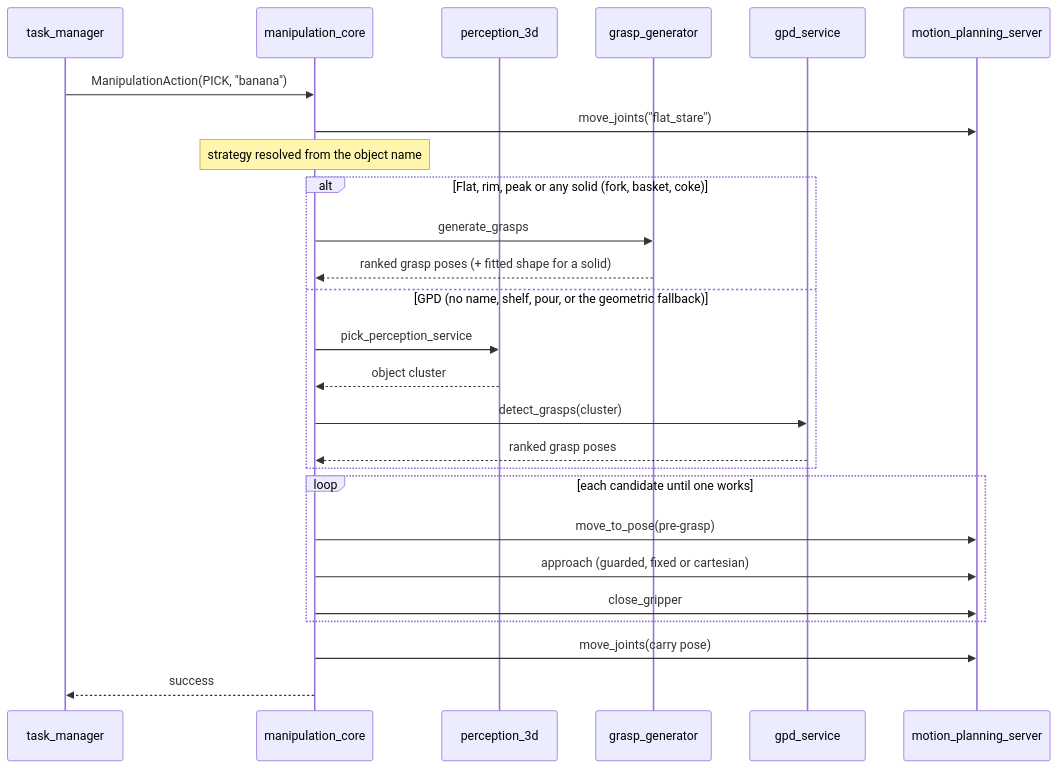
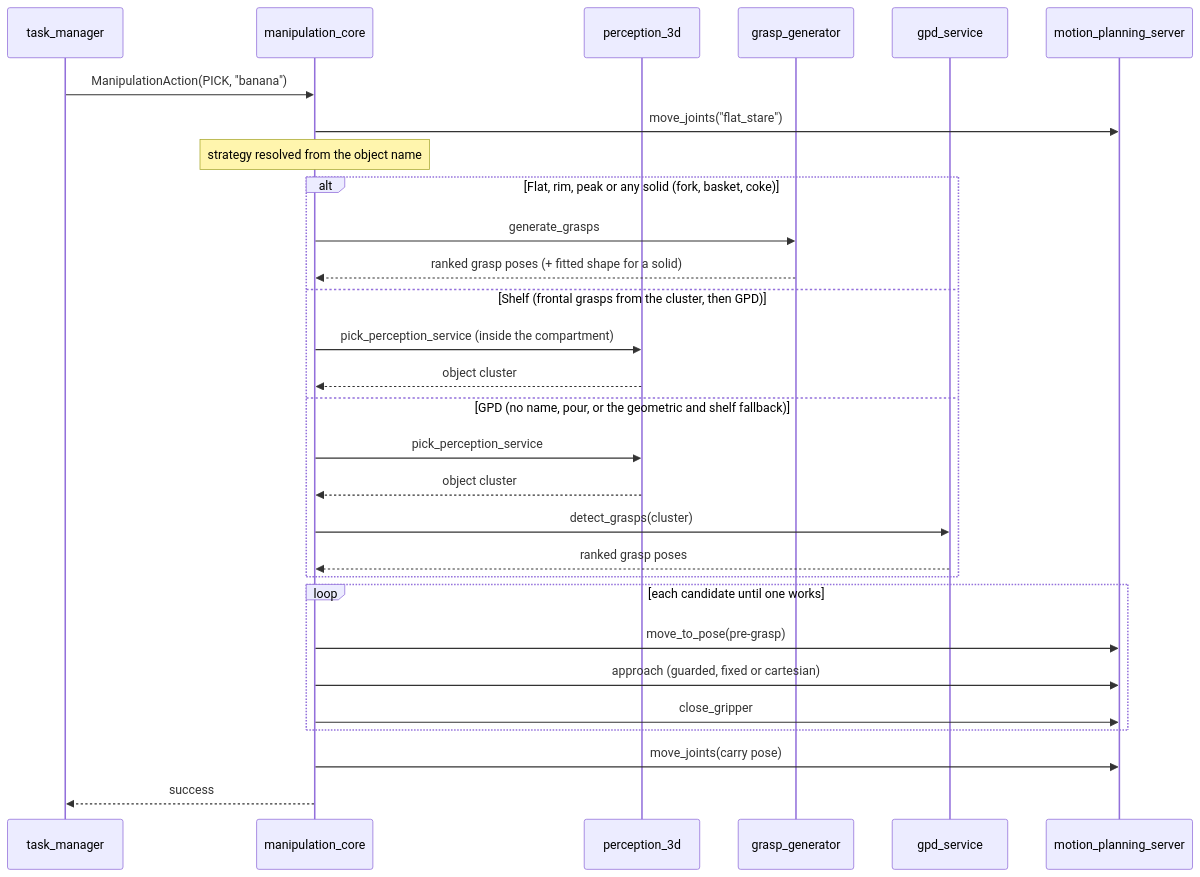
Before and after one commit to RoBorregos/home2: the third of 3 diagrams in manipulation/README.md, drawn with Mermaid. The commit also changed other lines of this file and 18 other files, not shown here.

Commit message:
follow the design architecture

````diff
--- a/manipulation/README.md
+++ b/manipulation/README.md
@@ -184,32 +184,35 @@
 ```mermaid
 sequenceDiagram
     participant TM as task_manager
     participant C as manipulation_core
     participant P as perception_3d
     participant N as grasp_generator
     participant G as gpd_service
     participant M as motion_planning_server
 
     TM->>C: ManipulationAction(PICK, "banana")
     C->>M: move_joints("flat_stare")
     Note over C: strategy resolved from the object name
 
     alt Flat, rim, peak or any solid (fork, basket, coke)
         C->>N: generate_grasps
         N-->>C: ranked grasp poses (+ fitted shape for a solid)
-    else GPD (no name, shelf, pour, or the geometric fallback)
+    else Shelf (frontal grasps from the cluster, then GPD)
+        C->>P: pick_perception_service (inside the compartment)
+        P-->>C: object cluster
+    else GPD (no name, pour, or the geometric and shelf fallback)
         C->>P: pick_perception_service
         P-->>C: object cluster
         C->>G: detect_grasps(cluster)
         G-->>C: ranked grasp poses
     end
 
     loop each candidate until one works
         C->>M: move_to_pose(pre-grasp)
         C->>M: approach (guarded, fixed or cartesian)
         C->>M: close_gripper
     end
 
     C->>M: move_joints(carry pose)
     C-->>TM: success
 ```
````
